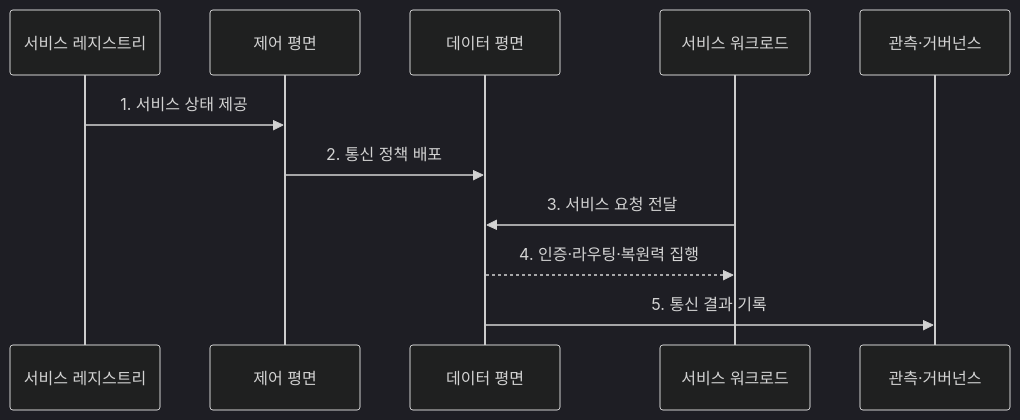
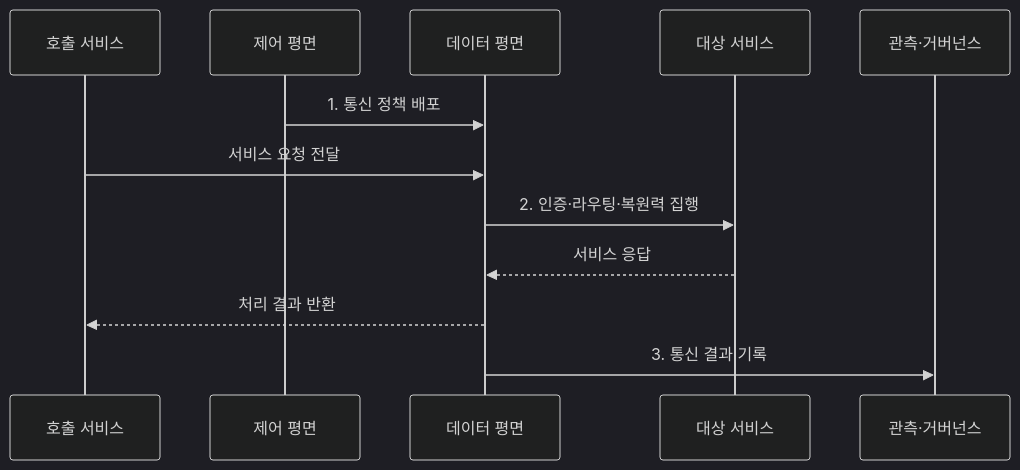
Before and after one commit to agnusdei1207/knowledge-base: the second of 2 diagrams in src/content/docs/notes/08-latest-tech/162_service_mesh.md, drawn with Mermaid (dark theme). The commit also changed other lines of this file and 225 other files, not shown here.

````diff
--- a/src/content/docs/notes/08-latest-tech/162_service_mesh.md
+++ b/src/content/docs/notes/08-latest-tech/162_service_mesh.md
@@ -76,13 +76,14 @@
 ```mermaid
 sequenceDiagram
-  participant R as 서비스 레지스트리
+  participant S as 호출 서비스
   participant C as 제어 평면
   participant D as 데이터 평면
-  participant W as 서비스 워크로드
+  participant W as 대상 서비스
   participant O as 관측·거버넌스
-  R->>C: 1. 서비스 상태 제공
-  C->>D: 2. 통신 정책 배포
-  W->>D: 3. 서비스 요청 전달
-  D-->>W: 4. 인증·라우팅·복원력 집행
-  D->>O: 5. 통신 결과 기록
+  C->>D: 1. 통신 정책 배포
+  S->>D: 서비스 요청 전달
+  D->>W: 2. 인증·라우팅·복원력 집행
+  W-->>D: 서비스 응답
+  D-->>S: 처리 결과 반환
+  D->>O: 3. 통신 결과 기록
 ```
````
